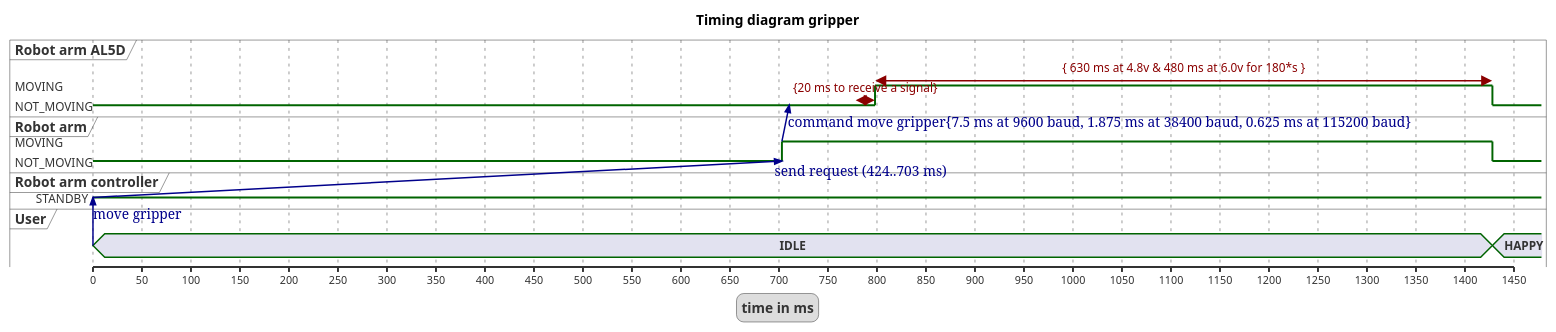
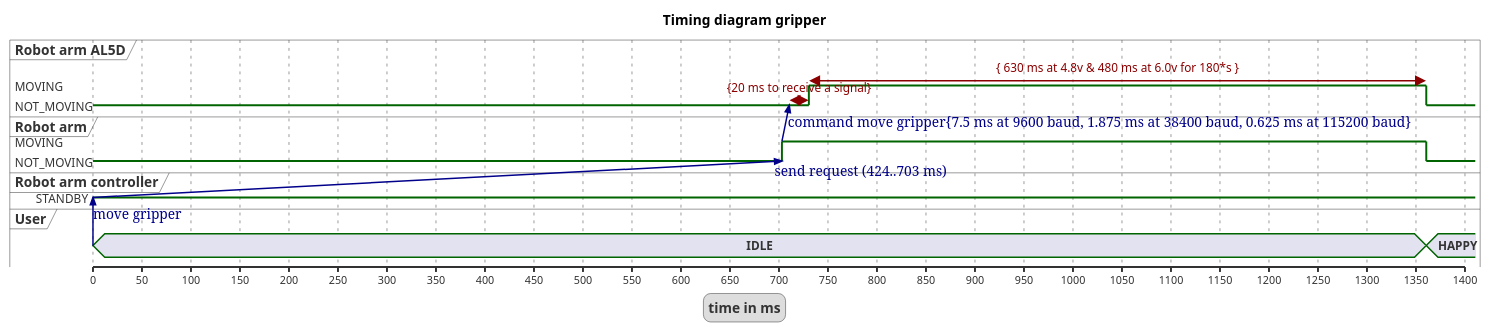
The diagram in diagrams/timingGripper.plantuml (muisje/robot_arm_aansturing), drawn with PlantUML before and after one commit.

Commit message:
fixed wrong time

```diff
--- a/diagrams/timingGripper.plantuml
+++ b/diagrams/timingGripper.plantuml
@@ -1,46 +1,46 @@
 @startuml timing diagram gripper
 Title Timing diagram gripper
 robust "Robot arm AL5D" as AL5D
 robust "Robot arm" as System
 robust "Robot arm controller" as Controller
 concise "User" as User
 scale 50 as 50 pixels
 
 legend
 time in ms
 end legend
 
 @0
 AL5D is NOT_MOVING
 System is NOT_MOVING
 Controller is STANDBY
 User is IDLE
 
 @0
 User -> Controller : move gripper
 User is WAITING
 
 @+0
 Controller -> System@+703 : send request (424..703 ms)
 
 @+703
 System is MOVING
 
 @+0
 System -> AL5D@+7.5 : command move gripper{7.5 ms at 9600 baud, 1.875 ms at 38400 baud, 0.625 ms at 115200 baud}
 
-@+75
+@+7.5
 AL5D@+0 <-> @+20 : {20 ms to receive a signal}
 
 @+20
 AL5D IS MOVING
 AL5D@+0 <-> @+630 : { 630 ms at 4.8v & 480 ms at 6.0v for 180*s }
 
 @+630
 AL5D IS NOT_MOVING
 System IS NOT_MOVING
 
 @+0
 User is HAPPY
 
 @enduml
```
